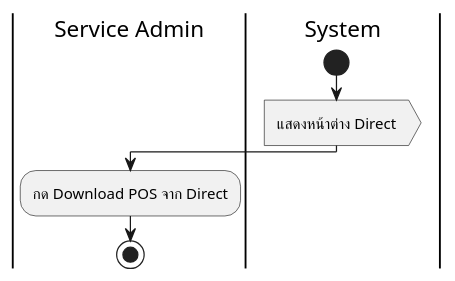
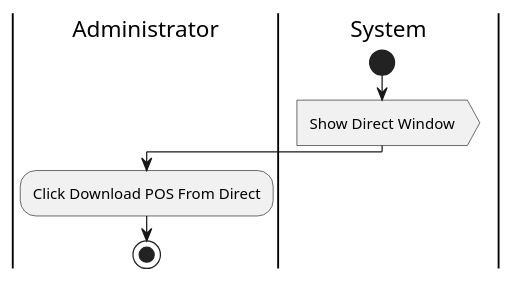
One commit to Meenkonlapat/RPA-Project changed the diagram in User Activity/Process 2 Booking Order/u2-download POS.wsd. Above: the diagram before and after it, drawn with PlantUML. The commit also changed 19 other files, not shown here.

```diff
--- a/User Activity/Process 2 Booking Order/u2-download POS.wsd
+++ b/User Activity/Process 2 Booking Order/u2-download POS.wsd
@@ -1,9 +1,9 @@
 @startuml
-|Service Admin|
+|Administrator|
 |System|
 start
-:แสดงหน้าต่าง Direct>
-|Service Admin|
-:กด Download POS จาก Direct;
+:Show Direct Window>
+|Administrator|
+:Click Download POS From Direct;
 stop
 @enduml
```
